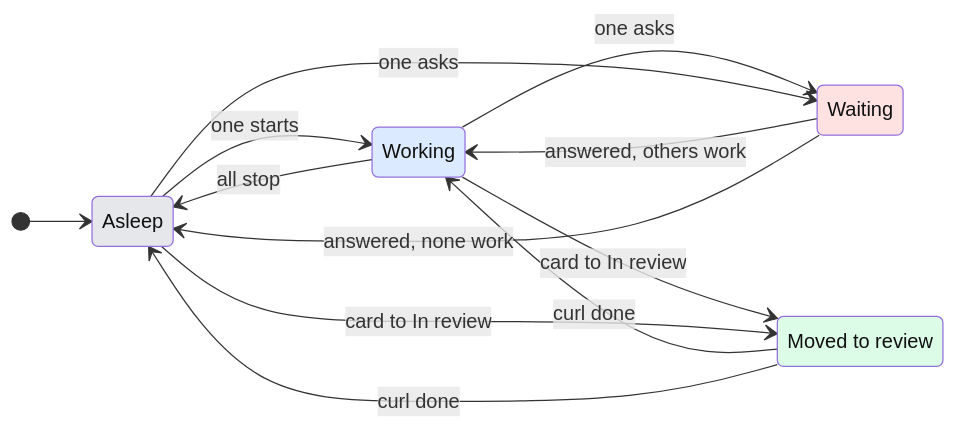
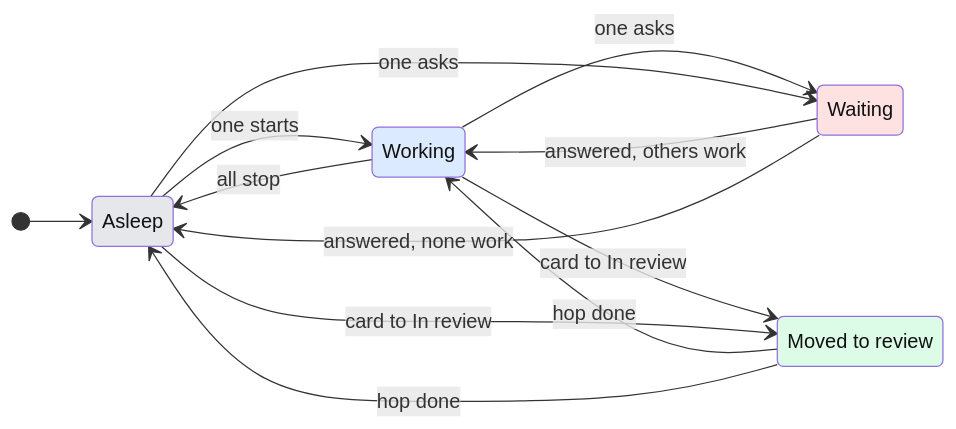
Before and after one commit to anetrebskii/geckit: the diagram in specs/016-gecko-character/ux.md, drawn with Mermaid. The commit also changed other lines of this file and 13 other files, not shown here.

````diff
--- a/specs/016-gecko-character/ux.md
+++ b/specs/016-gecko-character/ux.md
@@ -34,27 +34,27 @@
 ```mermaid
 stateDiagram-v2
   direction LR
   state "Asleep" as asleep
   state "Working" as working
   state "Waiting" as waiting
   state "Moved to review" as review
   [*] --> asleep
   asleep --> working: one starts
   working --> asleep: all stop
   working --> waiting: one asks
   asleep --> waiting: one asks
   waiting --> working: answered, others work
   waiting --> asleep: answered, none work
   working --> review: card to In review
   asleep --> review: card to In review
-  review --> working: curl done
-  review --> asleep: curl done
+  review --> working: hop done
+  review --> asleep: hop done
   classDef idle fill:#e5e7eb,color:#111
   classDef busy fill:#dbeafe,color:#111
   classDef hands fill:#fee2e2,color:#111
   classDef done fill:#dcfce7,color:#111
   class asleep idle
   class working busy
   class waiting hands
   class review done
 ```
````
